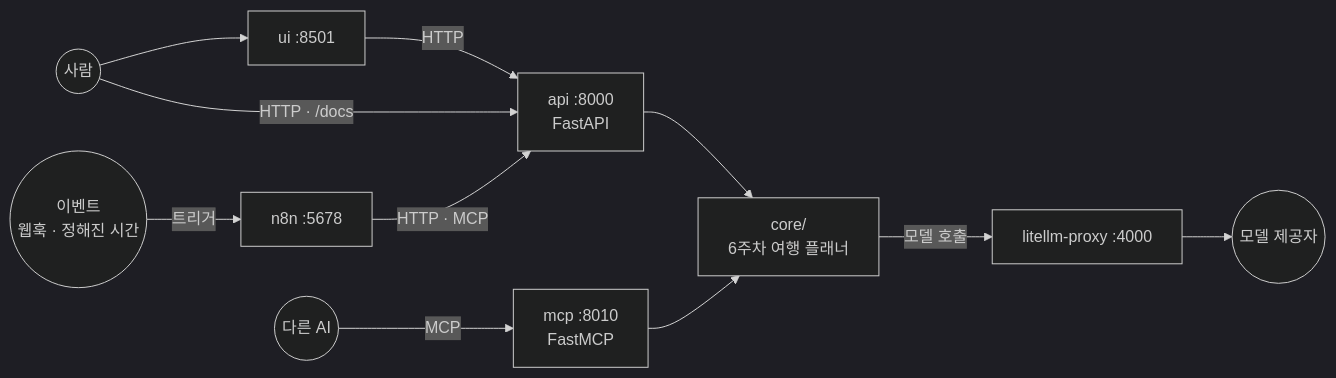
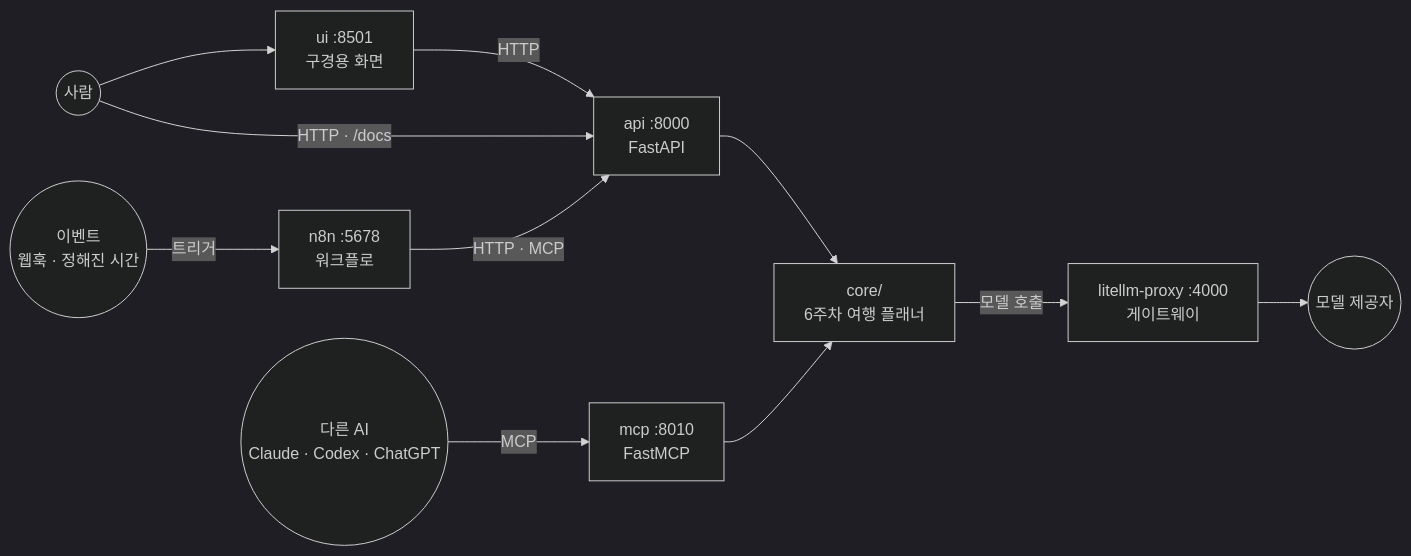
One commit to 2026-ai-service-engineering-a/ai_service_engineering-track_a changed the second of 29 diagrams in site/src/content/slides/ko/session-08/index.mdx. Above: the diagram before and after it, drawn with Mermaid (dark theme). The commit also changed other lines of this file and 1 other file, not shown here.

Commit message:
Carry every diagram from the doc into the deck

````diff
--- a/site/src/content/slides/ko/session-08/index.mdx
+++ b/site/src/content/slides/ko/session-08/index.mdx
@@ -119,13 +119,13 @@
 ```mermaid
 flowchart LR
-    P(("사람")) --> U["ui :8501"]
+    P(("사람")) --> U["ui :8501<br/>구경용 화면"]
     U -->|"HTTP"| A["api :8000<br/>FastAPI"]
     P -->|"HTTP · /docs"| A
-    AI(("다른 AI")) -->|"MCP"| M["mcp :8010<br/>FastMCP"]
-    E(("이벤트<br/>웹훅 · 정해진 시간")) -->|"트리거"| N["n8n :5678"]
+    AI(("다른 AI<br/>Claude · Codex · ChatGPT")) -->|"MCP"| M["mcp :8010<br/>FastMCP"]
+    E(("이벤트<br/>웹훅 · 정해진 시간")) -->|"트리거"| N["n8n :5678<br/>워크플로"]
     N -->|"HTTP · MCP"| A
     A --> C["core/<br/>6주차 여행 플래너"]
     M --> C
-    C -->|"모델 호출"| G["litellm-proxy :4000"]
+    C -->|"모델 호출"| G["litellm-proxy :4000<br/>게이트웨이"]
     G --> L(("모델 제공자"))
 ```
````
